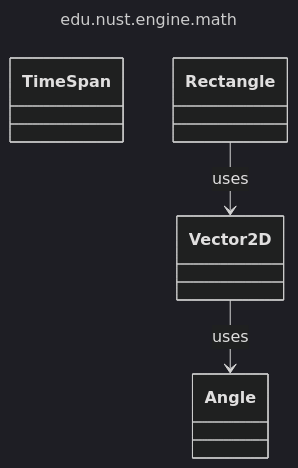
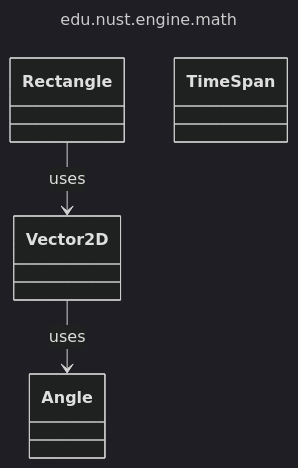
One commit to zombie-zero-nust/zombie-zero changed the diagram in uml/generated/mmd/package_edu_nust_engine_math.mmd. Above: the diagram before and after it, drawn with Mermaid (dark theme). The commit also changed other lines of this file and 77 other files, not shown here.

Commit message:
Generate UML from script

```diff
--- a/uml/generated/mmd/package_edu_nust_engine_math.mmd
+++ b/uml/generated/mmd/package_edu_nust_engine_math.mmd
@@ -1,17 +1,17 @@
 ---
 title: edu.nust.engine.math
 config:
   look: classic
   layout: dagre
   flowchart:
     curve: linear
   class:
     defaultRenderer: dagre-wrapper
 ---
 classDiagram
+class Rectangle
 class TimeSpan
-class Rectangle
 class Vector2D
 class Angle
 Rectangle --> Vector2D : uses
 Vector2D --> Angle : uses
```
